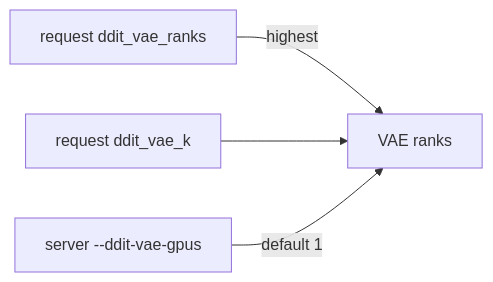
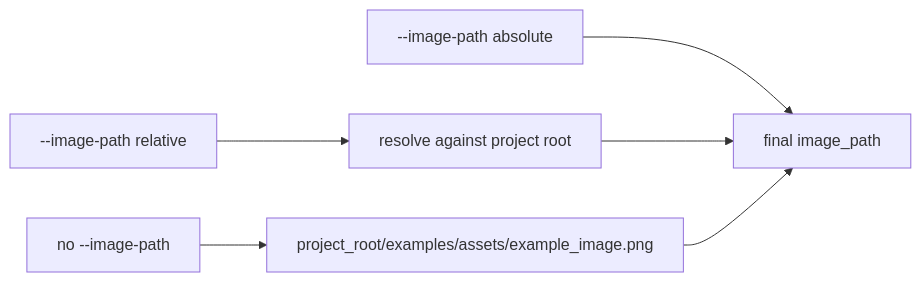
The third of 3 diagrams in docs/ddit/sglang_ddit_cookbook.md (FredHuang99/sglang), drawn with Mermaid before and after one commit. The commit also changed other lines of this file and 9 other files, not shown here.

````diff
--- a/docs/ddit/sglang_ddit_cookbook.md
+++ b/docs/ddit/sglang_ddit_cookbook.md
@@ -172,6 +195,8 @@
 ```mermaid
 flowchart LR
-  A["request ddit_vae_ranks"] -->|highest| D["VAE ranks"]
-  B["request ddit_vae_k"] --> D
-  C["server --ddit-vae-gpus"] -->|default 1| D
+  A["--image-path absolute"] --> D["final image_path"]
+  B["--image-path relative"] --> C["resolve against project root"]
+  C --> D
+  E["no --image-path"] --> F["project_root/examples/assets/example_image.png"]
+  F --> D
 ```
````
